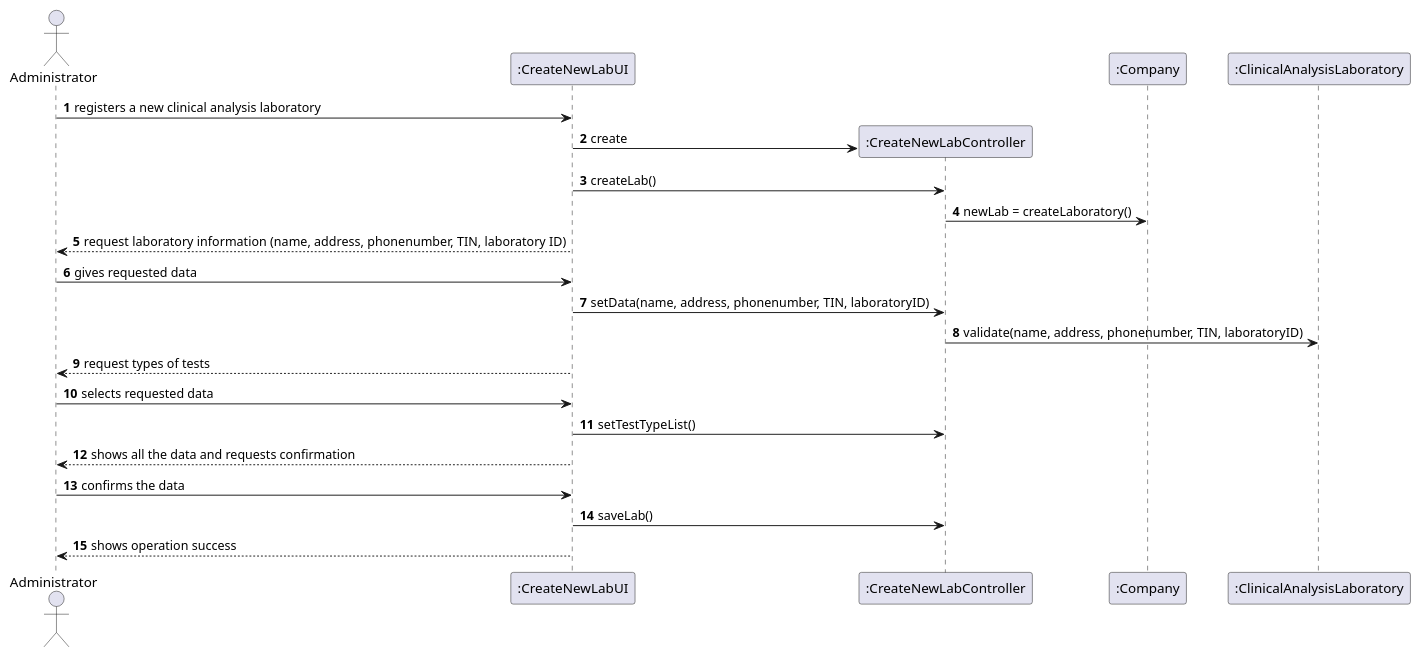
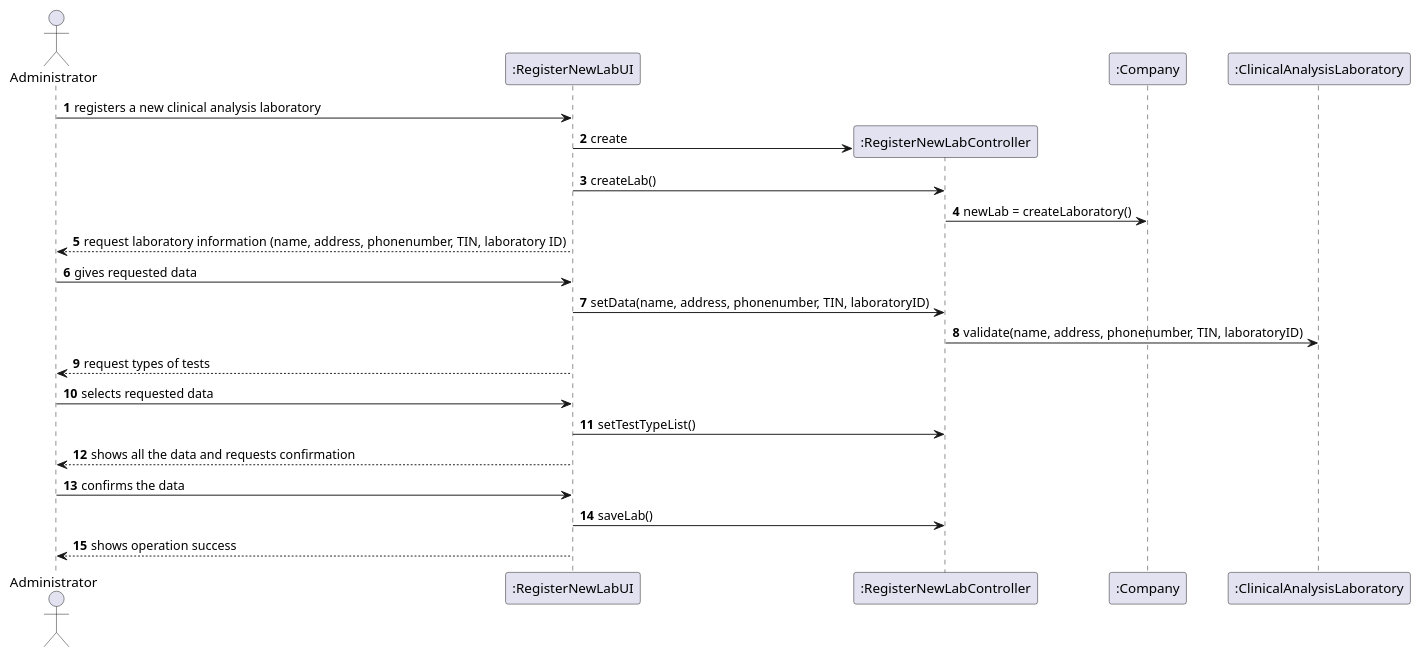
One commit to MadDinosaur/ISEP-LAPR2 changed the diagram in docs/SprintB/US8/US8_SD.puml. Above: the diagram before and after it, drawn with PlantUML. The commit also changed 4 other files, not shown here.

```diff
--- a/docs/SprintB/US8/US8_SD.puml
+++ b/docs/SprintB/US8/US8_SD.puml
@@ -1,26 +1,26 @@
 @startuml
 autonumber
 
 actor Administrator as admin
-participant ":CreateNewLabUI" as UI
-participant ":CreateNewLabController" as controller
+participant ":RegisterNewLabUI" as UI
+participant ":RegisterNewLabController" as controller
 participant ":Company" as validate
 participant ":ClinicalAnalysisLaboratory" as lab
 
 admin -> UI : registers a new clinical analysis laboratory
 create controller
 UI -> controller : create
 UI -> controller : createLab()
 controller -> validate : newLab = createLaboratory()
 UI --> admin : request laboratory information (name, address, phonenumber, TIN, laboratory ID)
 admin -> UI : gives requested data
 UI -> controller : setData(name, address, phonenumber, TIN, laboratoryID)
 controller -> lab : validate(name, address, phonenumber, TIN, laboratoryID)
 UI --> admin : request types of tests
 admin -> UI : selects requested data
 UI -> controller : setTestTypeList()
 UI --> admin : shows all the data and requests confirmation
 admin -> UI : confirms the data
 UI -> controller : saveLab()
 UI --> admin : shows operation success
 @enduml
```
